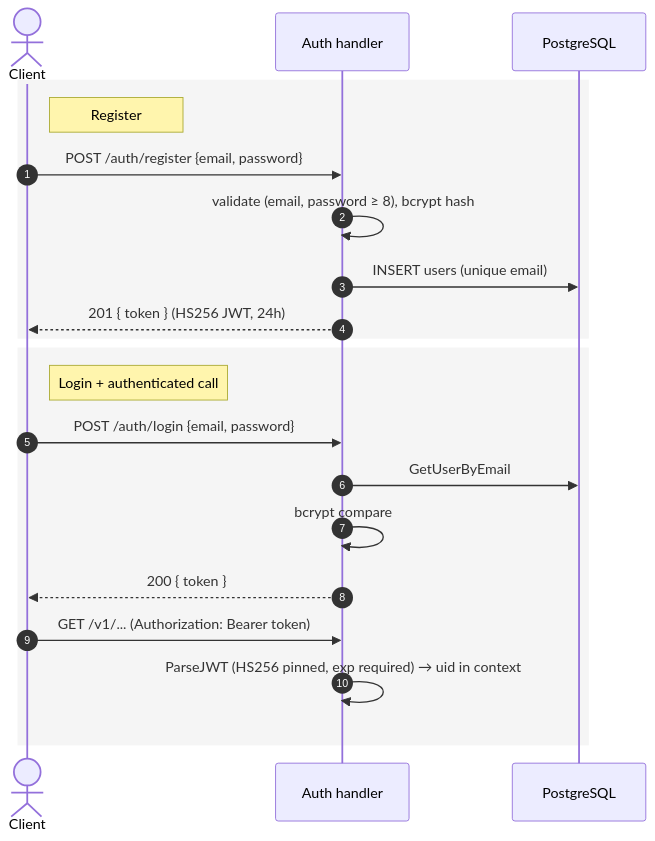
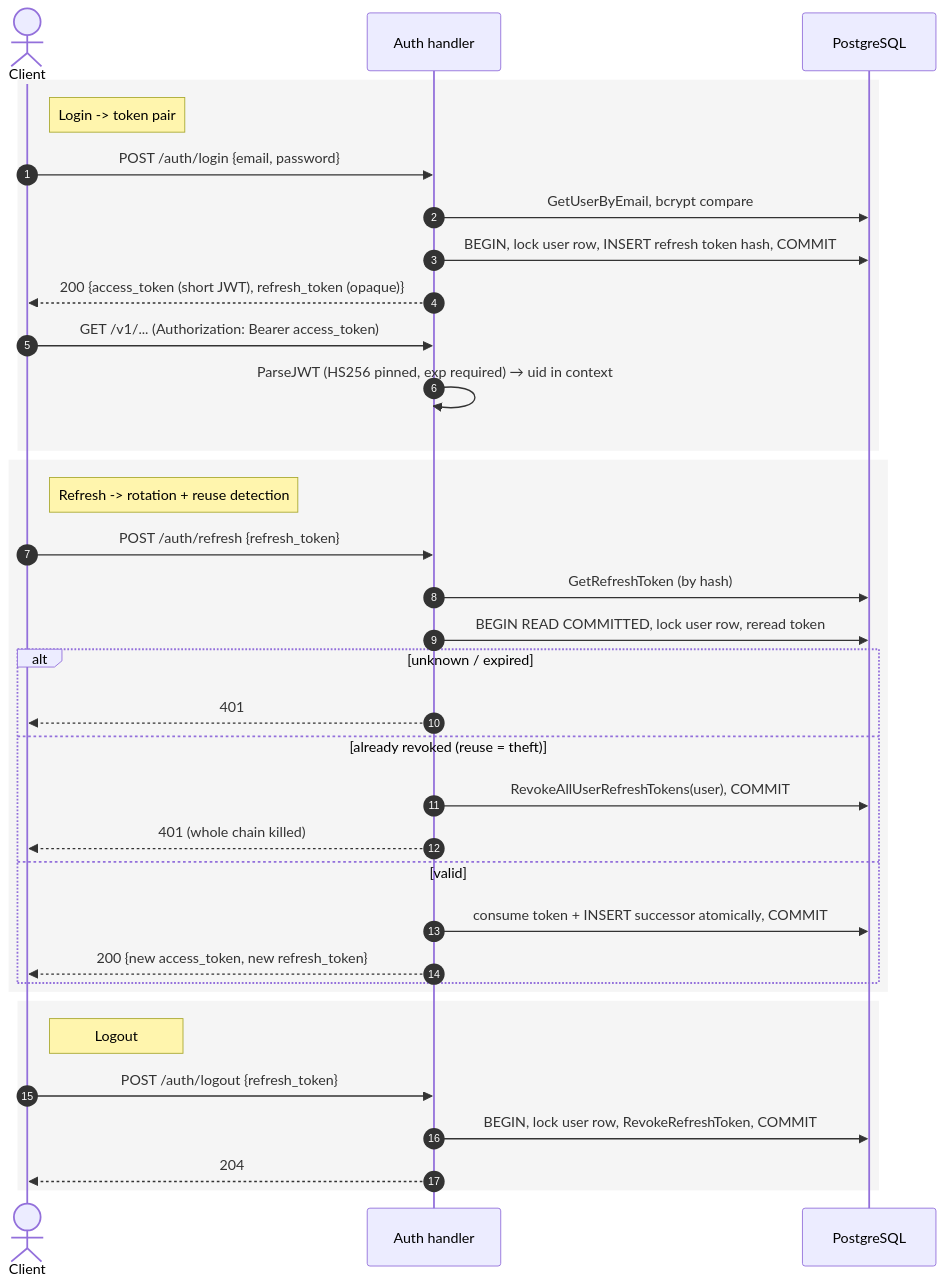
The ninth of 9 diagrams in docs/SEQUENCES.md (EftikharAzim/LedgerX), drawn with Mermaid before and after one commit. The commit also changed other lines of this file and 94 other files, not shown here.

````diff
--- a/docs/SEQUENCES.md
+++ b/docs/SEQUENCES.md
@@ -224,25 +241,40 @@
 ```mermaid
 sequenceDiagram
     autonumber
     actor C as Client
     participant H as Auth handler
     participant PG as PostgreSQL
 
     rect rgb(245,245,245)
-    note right of C: Register
-    C->>H: POST /auth/register {email, password}
-    H->>H: validate (email, password ≥ 8), bcrypt hash
-    H->>PG: INSERT users (unique email)
-    H-->>C: 201 { token } (HS256 JWT, 24h)
+    note right of C: Login -> token pair
+    C->>H: POST /auth/login {email, password}
+    H->>PG: GetUserByEmail, bcrypt compare
+    H->>PG: BEGIN, lock user row, INSERT refresh token hash, COMMIT
+    H-->>C: 200 {access_token (short JWT), refresh_token (opaque)}
+    C->>H: GET /v1/... (Authorization: Bearer access_token)
+    H->>H: ParseJWT (HS256 pinned, exp required) → uid in context
     end
 
     rect rgb(245,245,245)
-    note right of C: Login + authenticated call
-    C->>H: POST /auth/login {email, password}
-    H->>PG: GetUserByEmail
-    H->>H: bcrypt compare
-    H-->>C: 200 { token }
-    C->>H: GET /v1/... (Authorization: Bearer token)
-    H->>H: ParseJWT (HS256 pinned, exp required) → uid in context
+    note right of C: Refresh -> rotation + reuse detection
+    C->>H: POST /auth/refresh {refresh_token}
+    H->>PG: GetRefreshToken (by hash)
+    H->>PG: BEGIN READ COMMITTED, lock user row, reread token
+    alt unknown / expired
+        H-->>C: 401
+    else already revoked (reuse = theft)
+        H->>PG: RevokeAllUserRefreshTokens(user), COMMIT
+        H-->>C: 401 (whole chain killed)
+    else valid
+        H->>PG: consume token + INSERT successor atomically, COMMIT
+        H-->>C: 200 {new access_token, new refresh_token}
+    end
+    end
+
+    rect rgb(245,245,245)
+    note right of C: Logout
+    C->>H: POST /auth/logout {refresh_token}
+    H->>PG: BEGIN, lock user row, RevokeRefreshToken, COMMIT
+    H-->>C: 204
     end
 ```
````
